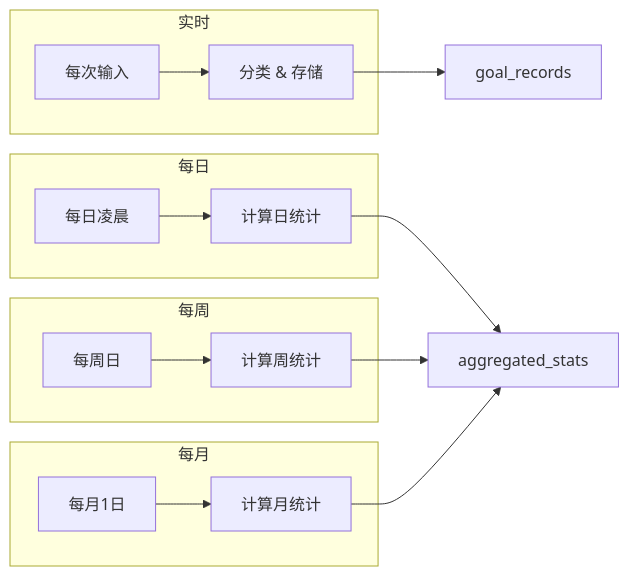
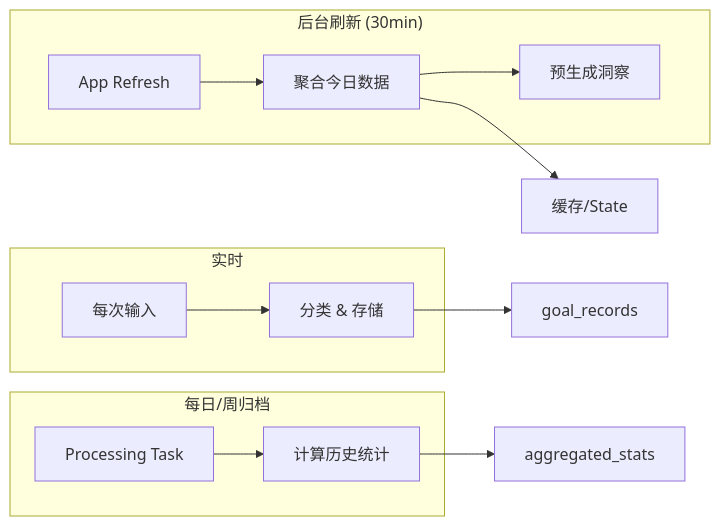
The seventh of 16 diagrams in docs/User_Insight_System_Design.md (tangzzz-fan/morning_goal_model), drawn with Mermaid before and after one commit. The commit also changed other lines of this file and 7 other files, not shown here.

````diff
--- a/docs/User_Insight_System_Design.md
+++ b/docs/User_Insight_System_Design.md
@@ -469,23 +484,19 @@
 ```mermaid
 graph LR
     subgraph "实时"
         A[每次输入] --> B[分类 & 存储]
     end
     
-    subgraph "每日"
-        C[每日凌晨] --> D[计算日统计]
+    subgraph "后台刷新 (30min)"
+        C[App Refresh] --> D[聚合今日数据]
+        D --> E[预生成洞察]
     end
     
-    subgraph "每周"
-        E[每周日] --> F[计算周统计]
+    subgraph "每日/周归档"
+        F[Processing Task] --> G[计算历史统计]
     end
     
-    subgraph "每月"
-        G[每月1日] --> H[计算月统计]
-    end
-    
-    B --> I[goal_records]
-    D --> J[aggregated_stats]
-    F --> J
-    H --> J
+    B --> H[goal_records]
+    D --> I[缓存/State]
+    G --> J[aggregated_stats]
 ```
````
